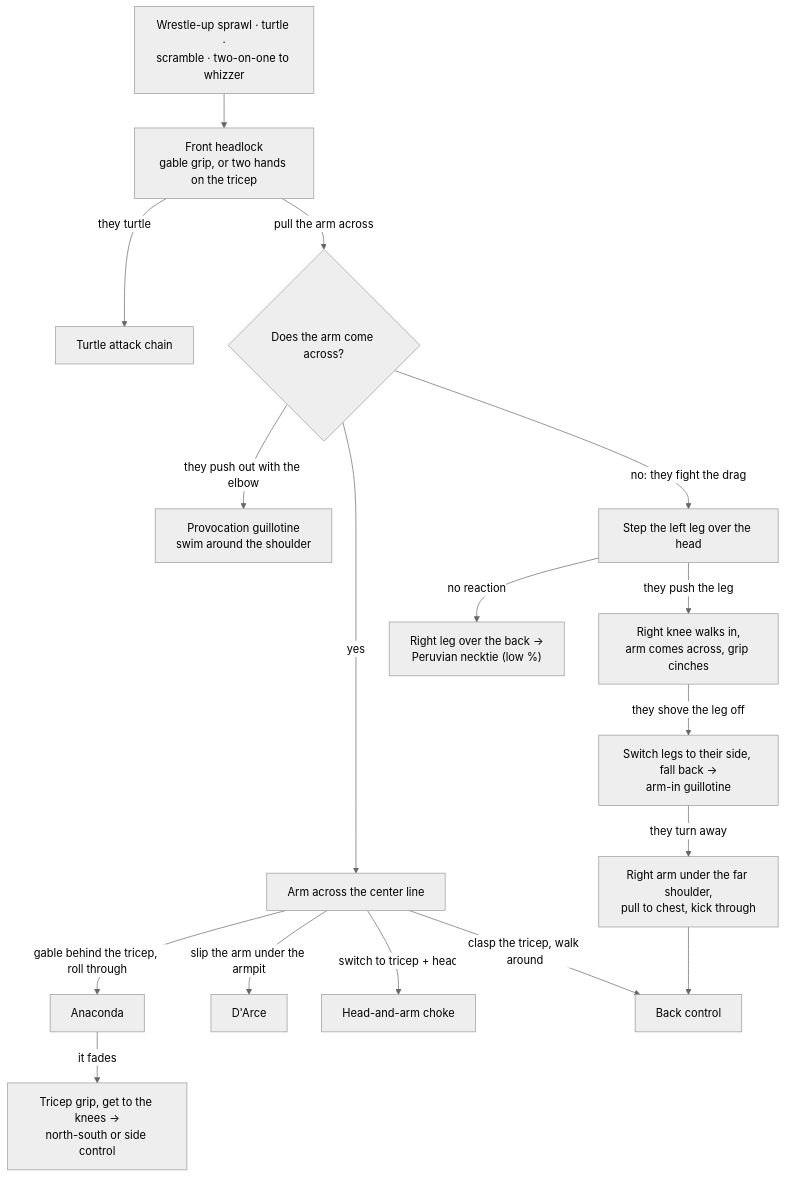
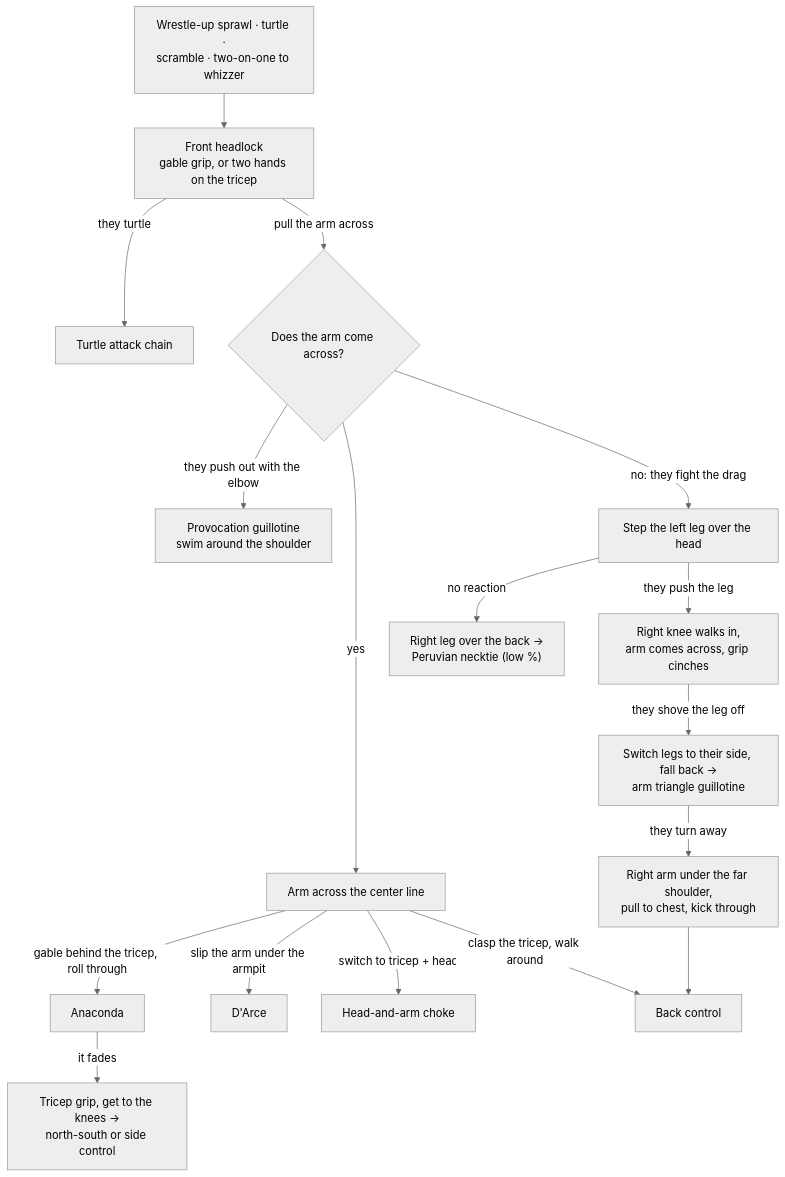
The diagram in chains/12-front-headlock.md (ctrl-malacan/bjj-commons), drawn with Mermaid (neutral theme) before and after one commit. The commit also changed other lines of this file and 3 other files, not shown here.

First line of the commit message:
fix: step-over sequence finishes in an arm triangle guillotine, not an arm-in guillotine

````diff
--- a/chains/12-front-headlock.md
+++ b/chains/12-front-headlock.md
@@ -7,18 +7,18 @@
 ```mermaid
 flowchart TD
     IN["Wrestle-up sprawl · turtle ·<br/>scramble · two-on-one to whizzer"] --> FH["Front headlock<br/>gable grip, or two hands on the tricep"]
     FH -->|"they turtle"| T["Turtle attack chain"]
     FH -->|"pull the arm across"| Q{"Does the arm come across?"}
     Q -->|"they push out with the elbow"| PG["Provocation guillotine<br/>swim around the shoulder"]
     Q -->|"yes"| ACR["Arm across the center line"]
     ACR -->|"gable behind the tricep, roll through"| AN["Anaconda"]
     AN -->|"it fades"| NS["Tricep grip, get to the knees →<br/>north-south or side control"]
     ACR -->|"slip the arm under the armpit"| DA["D'Arce"]
     ACR -->|"switch to tricep + head"| HA["Head-and-arm choke"]
     ACR -->|"clasp the tricep, walk around"| BC["Back control"]
     Q -->|"no: they fight the drag"| SO["Step the left leg over the head"]
     SO -->|"no reaction"| PN["Right leg over the back →<br/>Peruvian necktie (low %)"]
     SO -->|"they push the leg"| KN["Right knee walks in,<br/>arm comes across, grip cinches"]
-    KN -->|"they shove the leg off"| AG["Switch legs to their side, fall back →<br/>arm-in guillotine"]
+    KN -->|"they shove the leg off"| AG["Switch legs to their side, fall back →<br/>arm triangle guillotine"]
     AG -->|"they turn away"| FS["Right arm under the far shoulder,<br/>pull to chest, kick through"] --> BC
 ```
````
